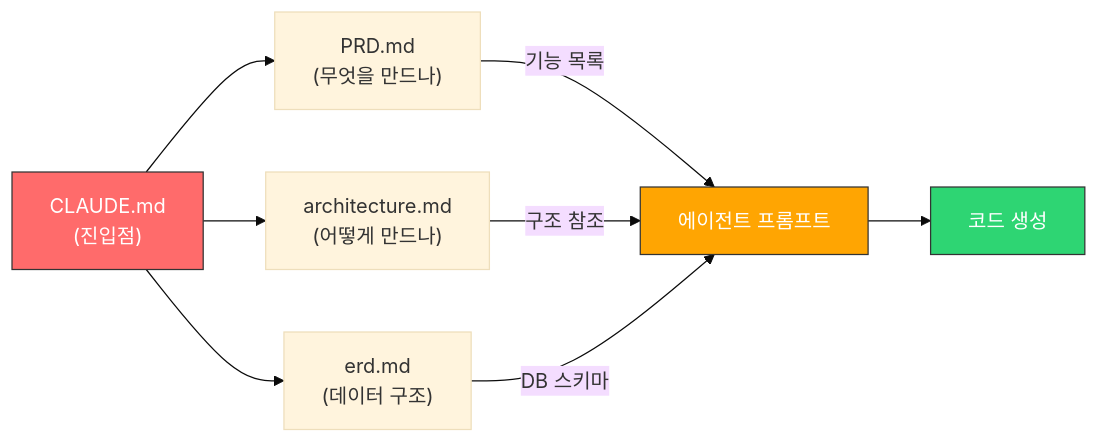
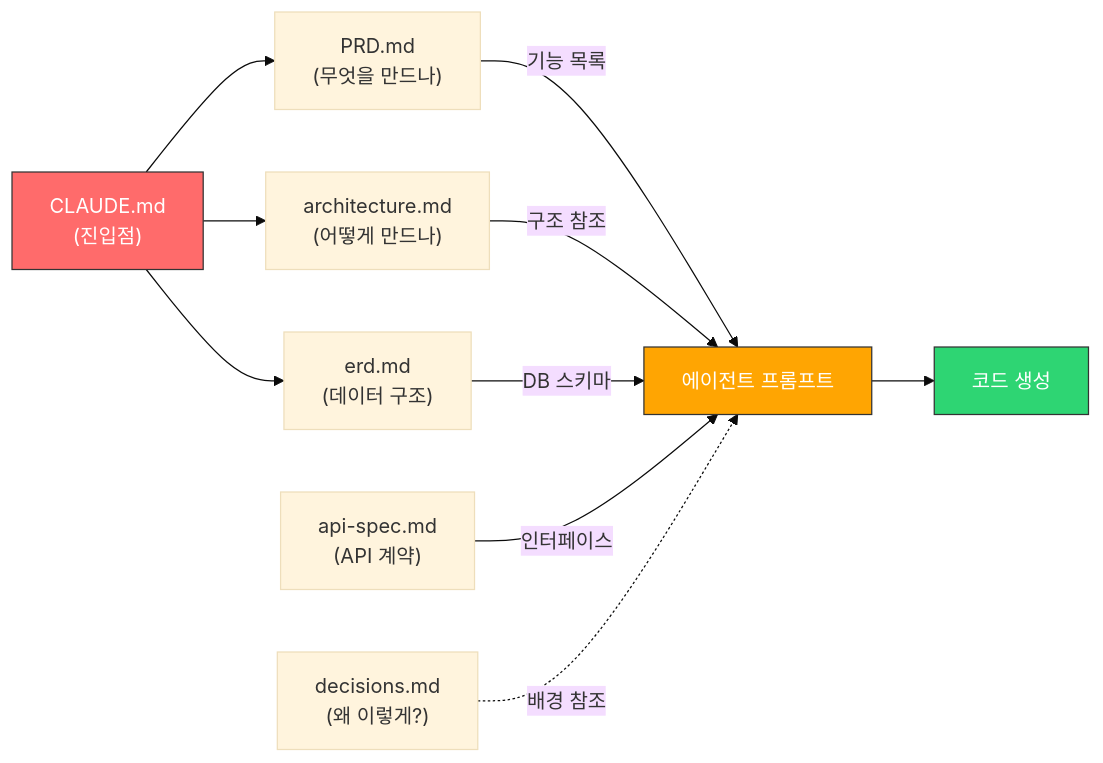
Before and after one commit to YawnsDuzin/vibe-coding-with-claude: the diagram in docs/03-practical-writing-guide.md, drawn with Mermaid (base theme). The commit also changed other lines of this file, not shown here.

First line of the commit message:
docs: 03번에 API 명세서 + Decision Log 템플릿 추가

````diff
--- a/docs/03-practical-writing-guide.md
+++ b/docs/03-practical-writing-guide.md
@@ -388,16 +595,19 @@
 ```mermaid
 graph LR
     A["CLAUDE.md<br/>(진입점)"] --> B["PRD.md<br/>(무엇을 만드나)"]
     A --> C["architecture.md<br/>(어떻게 만드나)"]
     A --> D["erd.md<br/>(데이터 구조)"]
     
     B -->|"기능 목록"| E["에이전트 프롬프트"]
     C -->|"구조 참조"| E
     D -->|"DB 스키마"| E
     
+    G["api-spec.md<br/>(API 계약)"] -->|"인터페이스"| E
+    H["decisions.md<br/>(왜 이렇게?)"] -.->|"배경 참조"| E
+    
     E --> F["코드 생성"]
     
     style A fill:#ff6b6b,stroke:#333,color:#fff
     style E fill:#ffa502,stroke:#333,color:#fff
     style F fill:#2ed573,stroke:#333,color:#fff
 ```
````
